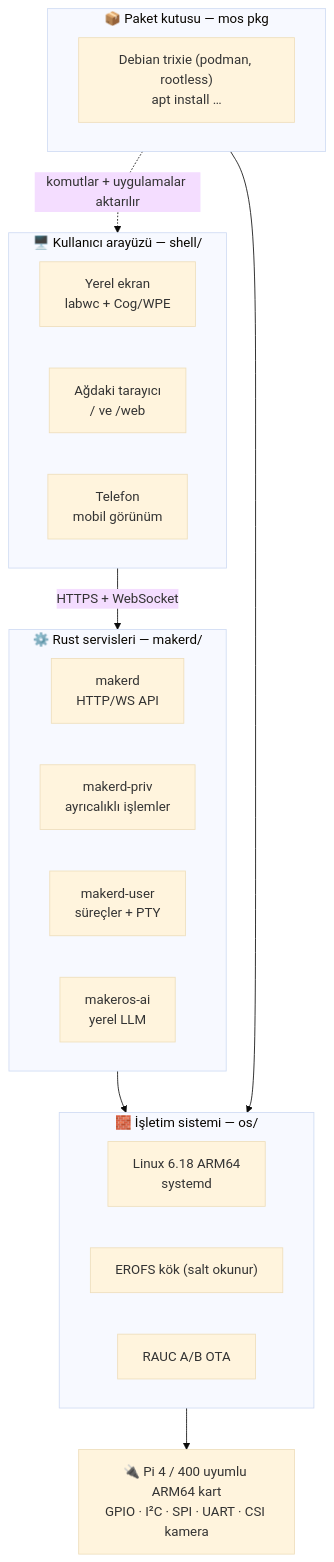
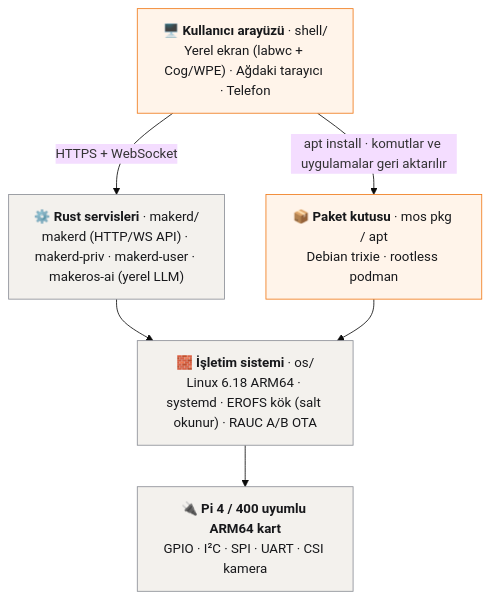
Before and after one commit to ferhatozcelik/maker-os: the first of 4 diagrams in README.md, drawn with Mermaid (base theme). The commit also changed 5 other files, not shown here.

````diff
--- a/README.md
+++ b/README.md
@@ -106,32 +106,17 @@
 ```mermaid
 flowchart TB
-  subgraph UI["🖥️ Kullanıcı arayüzü — shell/"]
-    direction LR
-    LOCAL["Yerel ekran<br/>labwc + Cog/WPE"]
-    WEB["Ağdaki tarayıcı<br/>/ ve /web"]
-    PHONE["Telefon<br/>mobil görünüm"]
-  end
-  subgraph SVC["⚙️ Rust servisleri — makerd/"]
-    direction LR
-    MAKERD["makerd<br/>HTTP/WS API"]
-    PRIV["makerd-priv<br/>ayrıcalıklı işlemler"]
-    USER["makerd-user<br/>süreçler + PTY"]
-    AI["makeros-ai<br/>yerel LLM"]
-  end
-  subgraph BOX["📦 Paket kutusu — mos pkg"]
-    DEB["Debian trixie (podman, rootless)<br/>apt install …"]
-  end
-  subgraph OS["🧱 İşletim sistemi — os/"]
-    direction LR
-    KERNEL["Linux 6.18 ARM64<br/>systemd"]
-    RO["EROFS kök (salt okunur)"]
-    RAUC["RAUC A/B OTA"]
-  end
-  HW["🔌 Pi 4 / 400 uyumlu ARM64 kart<br/>GPIO · I²C · SPI · UART · CSI kamera"]
-
+  UI["🖥️ <b>Kullanıcı arayüzü</b> · shell/<br/>Yerel ekran (labwc + Cog/WPE) · Ağdaki tarayıcı · Telefon"]
+  SVC["⚙️ <b>Rust servisleri</b> · makerd/<br/>makerd (HTTP/WS API) · makerd-priv · makerd-user · makeros-ai (yerel LLM)"]
+  BOX["📦 <b>Paket kutusu</b> · mos pkg / apt<br/>Debian trixie · rootless podman"]
+  OS["🧱 <b>İşletim sistemi</b> · os/<br/>Linux 6.18 ARM64 · systemd · EROFS kök (salt okunur) · RAUC A/B OTA"]
+  HW["🔌 <b>Pi 4 / 400 uyumlu ARM64 kart</b><br/>GPIO · I²C · SPI · UART · CSI kamera"]
   UI -- "HTTPS + WebSocket" --> SVC
+  UI -- "apt install · komutlar ve uygulamalar geri aktarılır" --> BOX
   SVC --> OS
-  BOX -. "komutlar + uygulamalar aktarılır" .-> UI
   BOX --> OS
   OS --> HW
+  classDef ui fill:#fff4ea,stroke:#f07a1a,color:#17181b
+  classDef core fill:#f3f1ed,stroke:#8b8e96,color:#17181b
+  class UI,BOX ui
+  class SVC,OS,HW core
 ```
````
